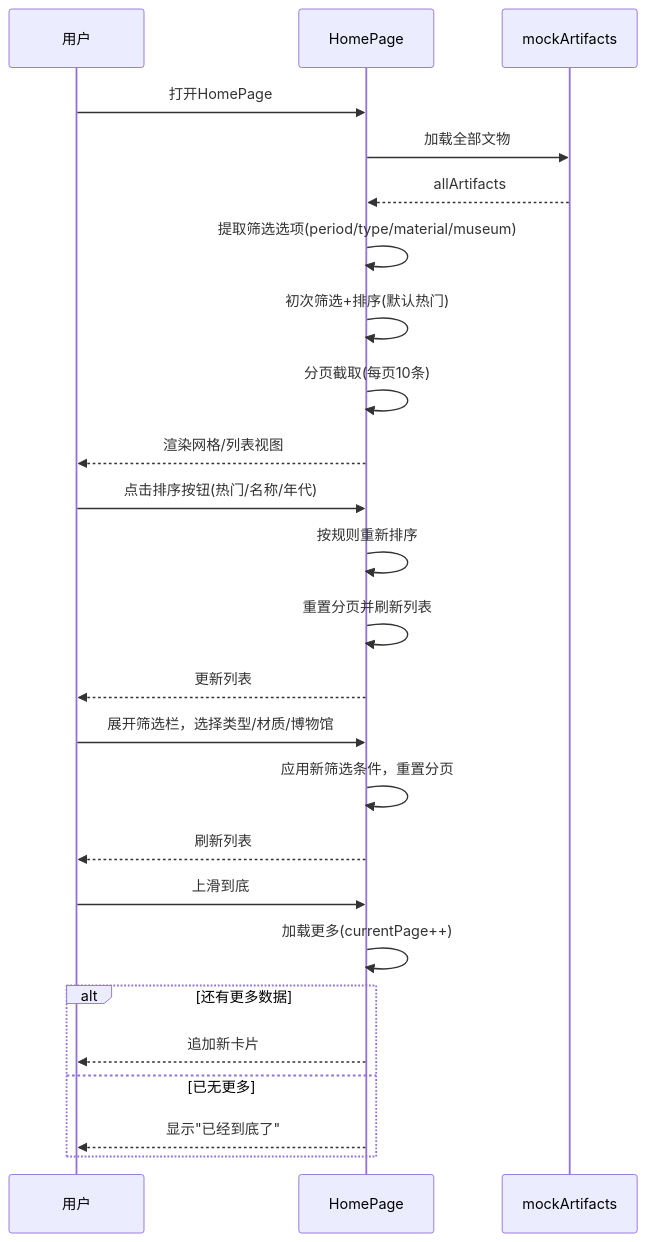
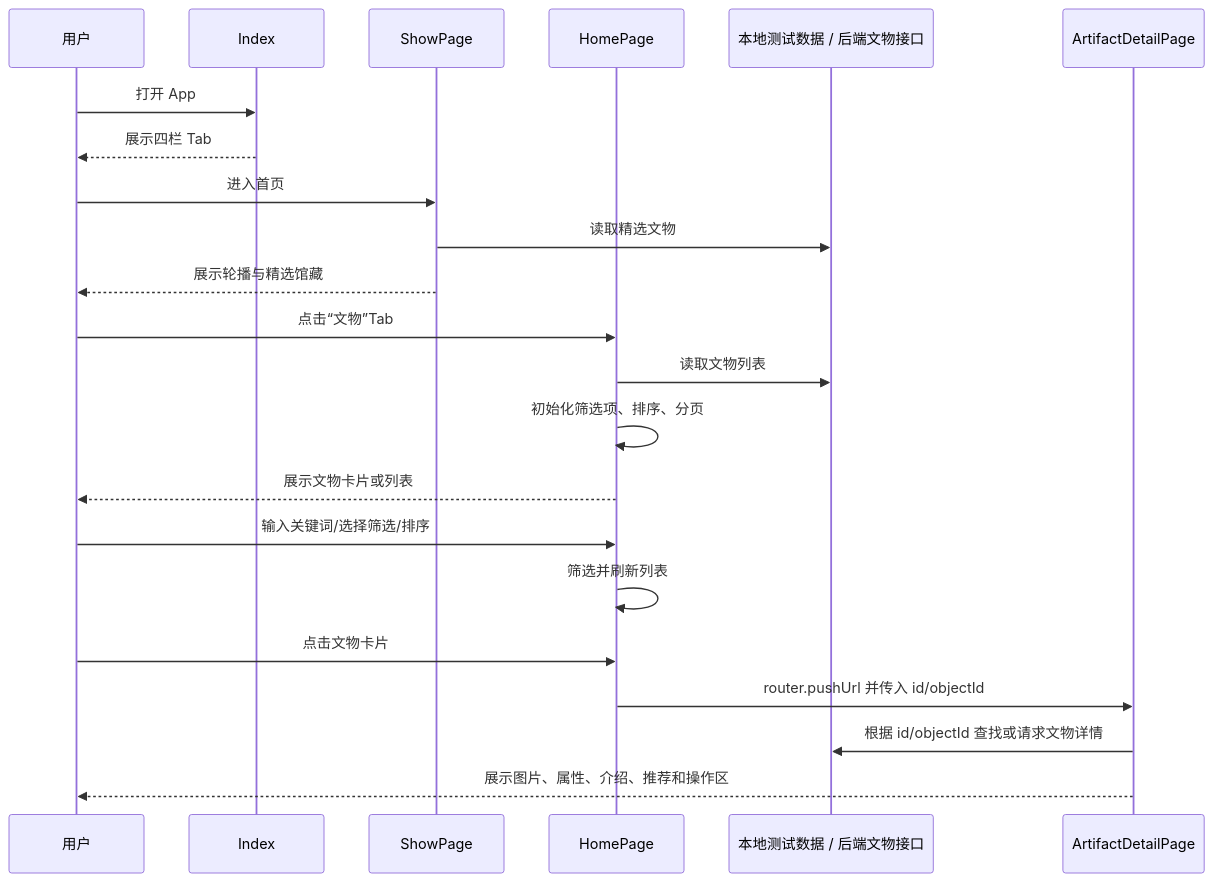
The sixth of 9 diagrams in Doc/设计文档.md (BUCT-CS2301/PalmMuseum), drawn with Mermaid before and after one commit. The commit also changed other lines of this file, not shown here.

````diff
--- a/Doc/设计文档.md
+++ b/Doc/设计文档.md
@@ -534,31 +487,25 @@
 ```mermaid
 sequenceDiagram
     participant User as 用户
-    participant HomePage as HomePage
-    participant MockData as mockArtifacts
+    participant Index as Index
+    participant Show as ShowPage
+    participant Home as HomePage
+    participant Data as 本地测试数据 / 后端文物接口
+    participant Detail as ArtifactDetailPage
 
-    User->>HomePage: 打开HomePage
-    HomePage->>MockData: 加载全部文物
-    MockData-->>HomePage: allArtifacts
-    HomePage->>HomePage: 提取筛选选项(period/type/material/museum)
-    HomePage->>HomePage: 初次筛选+排序(默认热门)
-    HomePage->>HomePage: 分页截取(每页10条)
-    HomePage-->>User: 渲染网格/列表视图
-
-    User->>HomePage: 点击排序按钮(热门/名称/年代)
-    HomePage->>HomePage: 按规则重新排序
-    HomePage->>HomePage: 重置分页并刷新列表
-    HomePage-->>User: 更新列表
-
-    User->>HomePage: 展开筛选栏，选择类型/材质/博物馆
-    HomePage->>HomePage: 应用新筛选条件，重置分页
-    HomePage-->>User: 刷新列表
-
-    User->>HomePage: 上滑到底
-    HomePage->>HomePage: 加载更多(currentPage++)
-    alt 还有更多数据
-        HomePage-->>User: 追加新卡片
-    else 已无更多
-        HomePage-->>User: 显示"已经到底了"
-    end
+    User->>Index: 打开 App
+    Index-->>User: 展示四栏 Tab
+    User->>Show: 进入首页
+    Show->>Data: 读取精选文物
+    Show-->>User: 展示轮播与精选馆藏
+    User->>Home: 点击“文物”Tab
+    Home->>Data: 读取文物列表
+    Home->>Home: 初始化筛选项、排序、分页
+    Home-->>User: 展示文物卡片或列表
+    User->>Home: 输入关键词/选择筛选/排序
+    Home->>Home: 筛选并刷新列表
+    User->>Home: 点击文物卡片
+    Home->>Detail: router.pushUrl 并传入 id/objectId
+    Detail->>Data: 根据 id/objectId 查找或请求文物详情
+    Detail-->>User: 展示图片、属性、介绍、推荐和操作区
 ```
````
